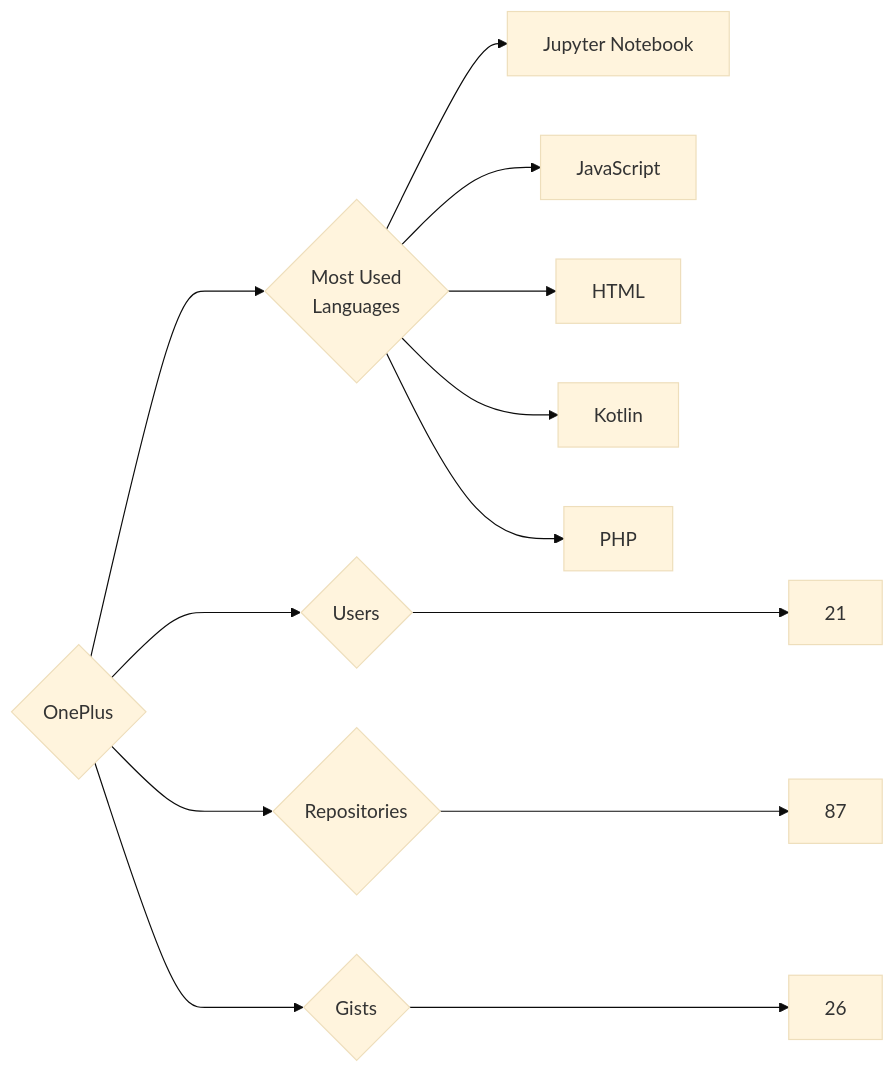
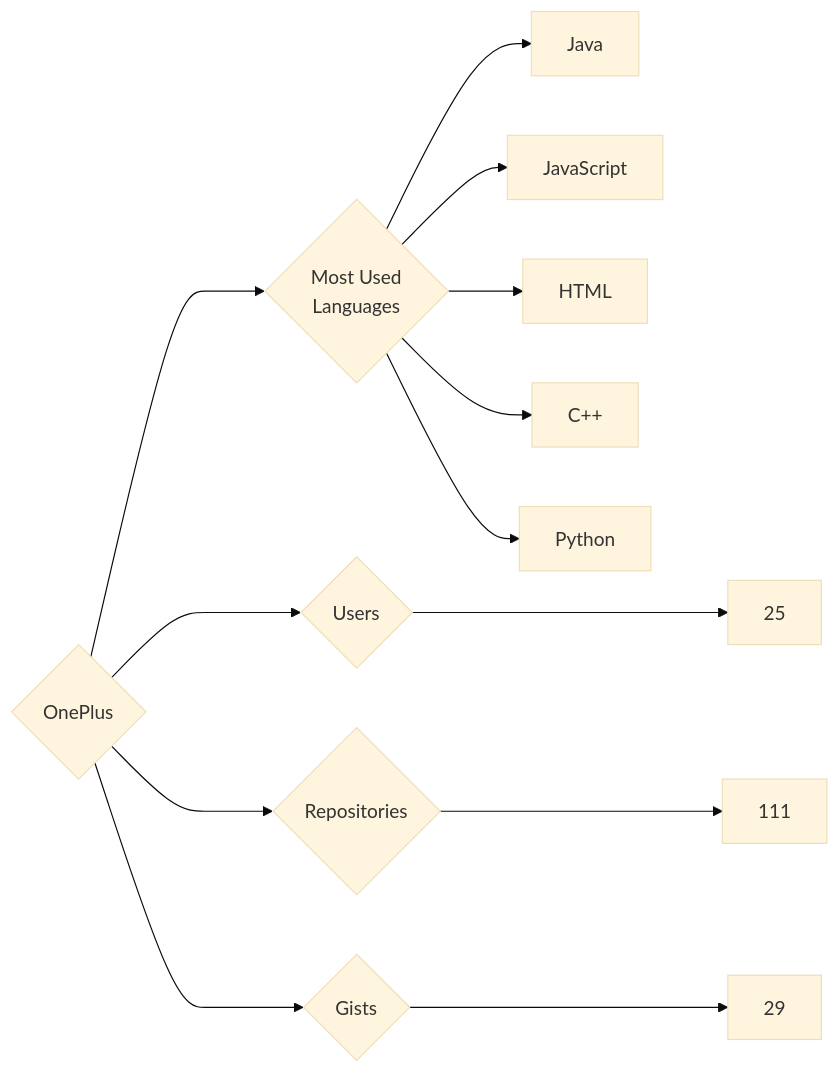
One commit to trickest/insiders changed the diagram in targets/OnePlus/README.md. Above: the diagram before and after it, drawn with Mermaid (base theme). The commit also changed 969 other files, not shown here.

````diff
--- a/targets/OnePlus/README.md
+++ b/targets/OnePlus/README.md
@@ -3,13 +3,13 @@
 ```mermaid
 graph LR
 COMPANY_NAME{OnePlus}
-COMPANY_NAME ---> U{Users} ---> UN[21]
-COMPANY_NAME ---> R{Repositories} ---> RN[87]
-COMPANY_NAME ---> G{Gists} ---> GN[26]
+COMPANY_NAME ---> U{Users} ---> UN[25]
+COMPANY_NAME ---> R{Repositories} ---> RN[111]
+COMPANY_NAME ---> G{Gists} ---> GN[29]
 COMPANY_NAME ---> ML{Most Used<br>Languages}
-ML --> Jupyter_Notebook[Jupyter Notebook]
+ML --> Java[Java]
 ML --> JavaScript[JavaScript]
 ML --> HTML[HTML]
-ML --> Kotlin[Kotlin]
-ML --> PHP[PHP]
+ML --> C++[C++]
+ML --> Python[Python]
 ```
````
